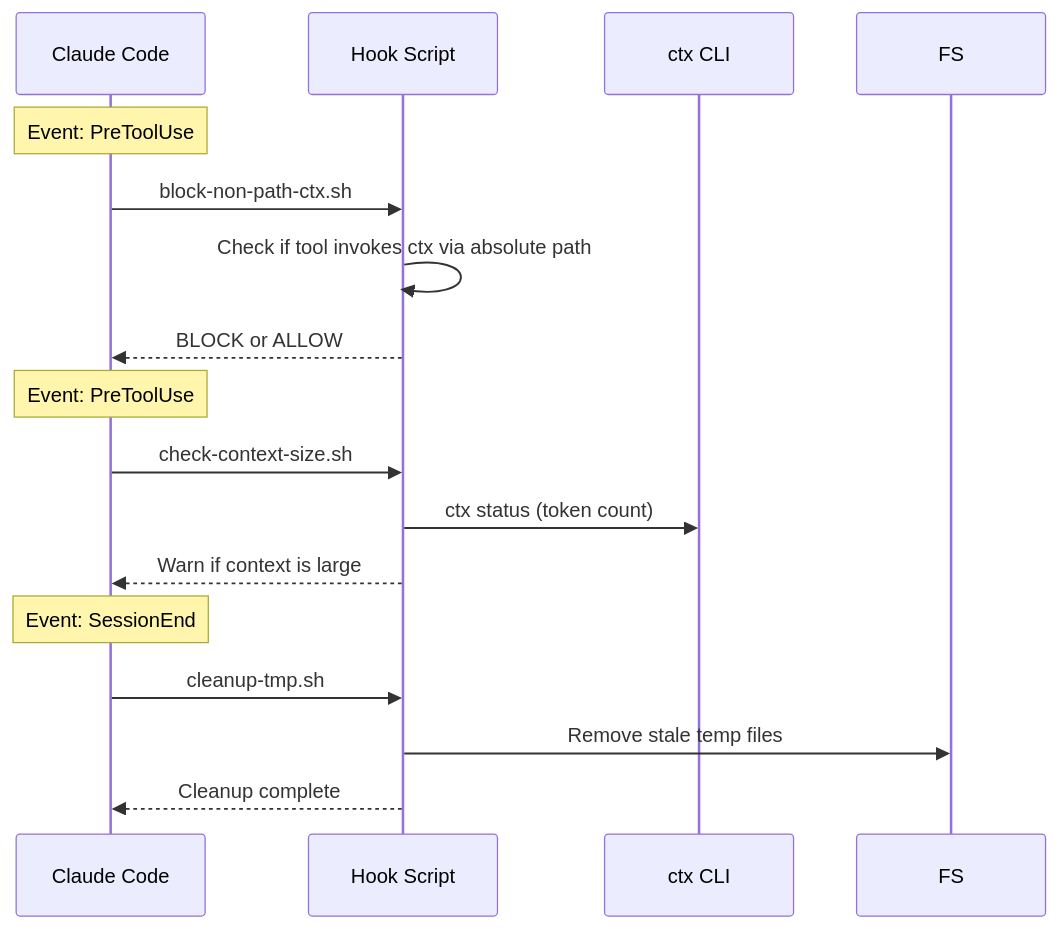
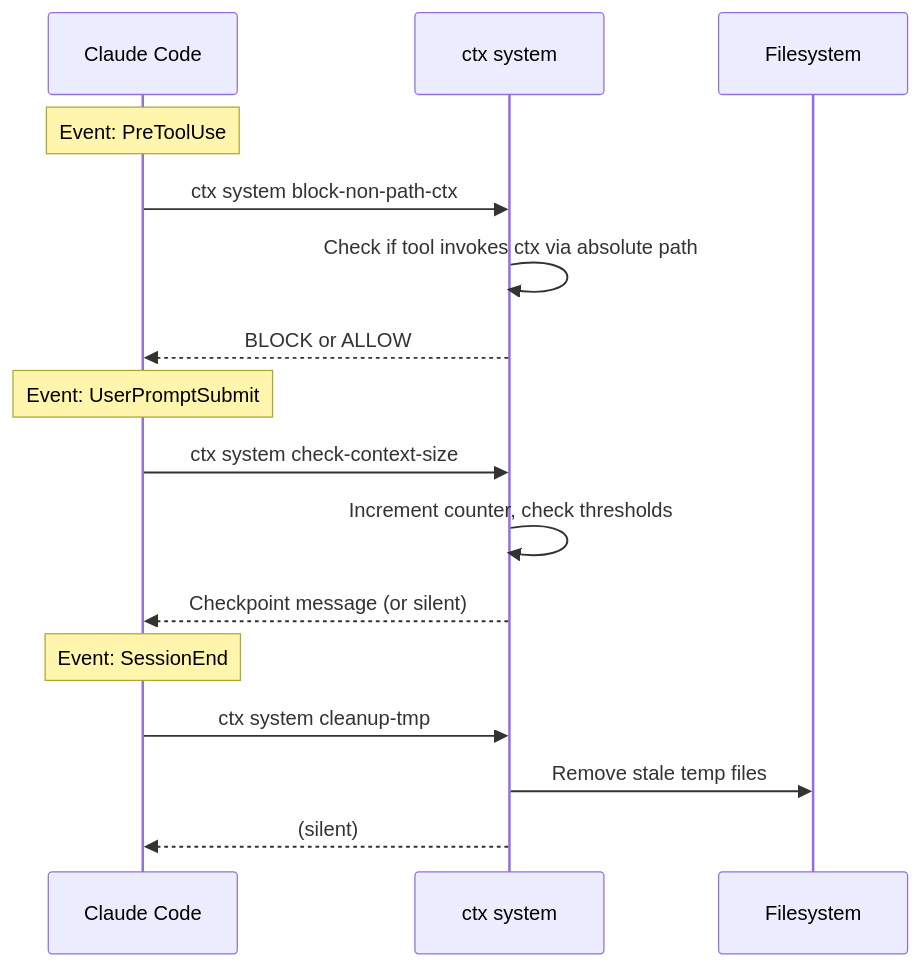
One commit to ActiveMemory/ctx changed the sixth of 7 diagrams in .context/ARCHITECTURE.md. Above: the diagram before and after it, drawn with Mermaid. The commit also changed other lines of this file and 83 other files, not shown here.

````diff
--- a/.context/ARCHITECTURE.md
+++ b/.context/ARCHITECTURE.md
@@ -208,21 +208,21 @@
 ```mermaid
 sequenceDiagram
     participant CC as Claude Code
-    participant Hook as Hook Script
-    participant CTX as ctx CLI
+    participant CTX as ctx system
+    participant FS as Filesystem
 
     Note over CC: Event: PreToolUse
-    CC->>Hook: block-non-path-ctx.sh
-    Hook->>Hook: Check if tool invokes ctx via absolute path
-    Hook-->>CC: BLOCK or ALLOW
+    CC->>CTX: ctx system block-non-path-ctx
+    CTX->>CTX: Check if tool invokes ctx via absolute path
+    CTX-->>CC: BLOCK or ALLOW
 
-    Note over CC: Event: PreToolUse
-    CC->>Hook: check-context-size.sh
-    Hook->>CTX: ctx status (token count)
-    Hook-->>CC: Warn if context is large
+    Note over CC: Event: UserPromptSubmit
+    CC->>CTX: ctx system check-context-size
+    CTX->>CTX: Increment counter, check thresholds
+    CTX-->>CC: Checkpoint message (or silent)
 
     Note over CC: Event: SessionEnd
-    CC->>Hook: cleanup-tmp.sh
-    Hook->>FS: Remove stale temp files
-    Hook-->>CC: Cleanup complete
+    CC->>CTX: ctx system cleanup-tmp
+    CTX->>FS: Remove stale temp files
+    CTX-->>CC: (silent)
 ```
````
